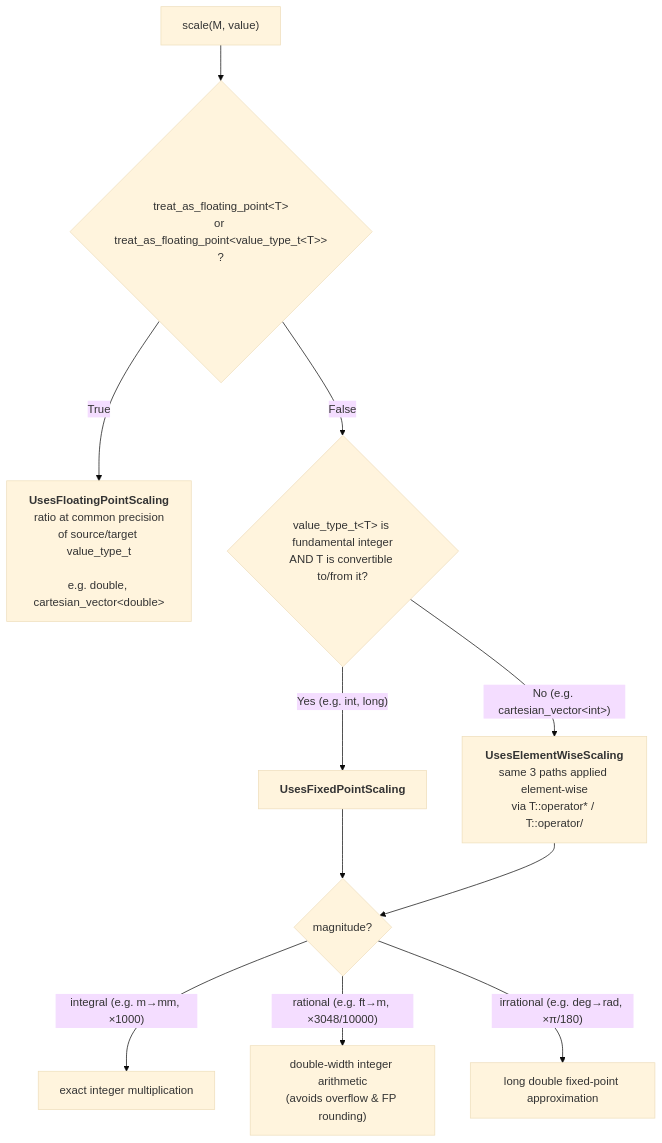
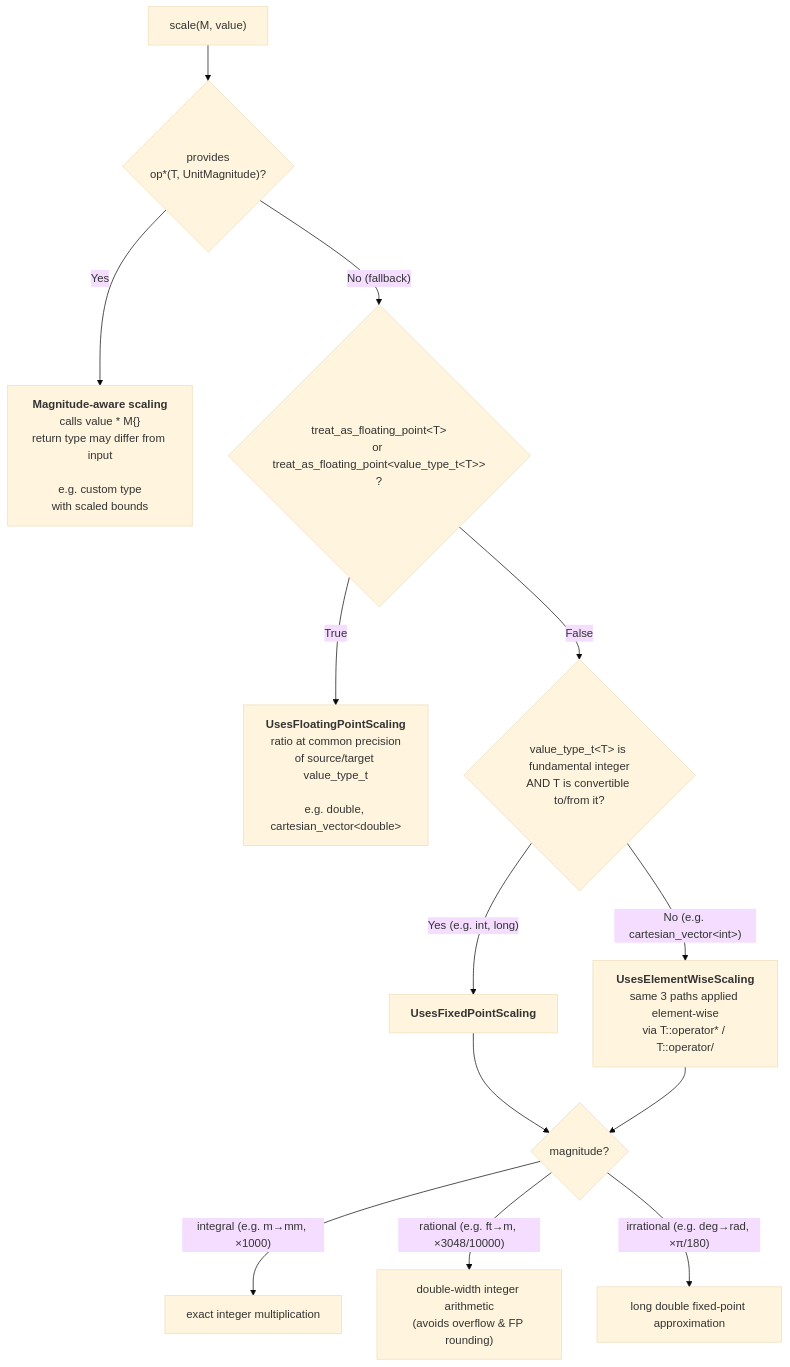
Before and after one commit to alejandro-alvarez-sonarsource/mp-units: the diagram in docs/users_guide/framework_basics/representation_types.md, drawn with Mermaid (base theme). The commit also changed other lines of this file and 23 other files, not shown here.

````diff
--- a/docs/users_guide/framework_basics/representation_types.md
+++ b/docs/users_guide/framework_basics/representation_types.md
@@ -197,13 +207,15 @@
 ```mermaid
 flowchart TD
-    A["scale(M, value)"] --> B{"treat_as_floating_point&lt;T&gt;<br>or treat_as_floating_point&lt;value_type_t&lt;T&gt;&gt;<br>?"}
+    A["scale(M, value)"] --> MA{"provides<br>op*(T, UnitMagnitude)?"}
+    MA -- "Yes" --> MAR["<b>Magnitude-aware scaling</b><br>calls value * M{}<br>return type may differ from input<br><br>e.g. custom type<br>with scaled bounds"]
+    MA -- "No (fallback)" --> B{"treat_as_floating_point&lt;T&gt;<br>or treat_as_floating_point&lt;value_type_t&lt;T&gt;&gt;<br>?"}
     B -- True --> FP["<b>UsesFloatingPointScaling</b><br>ratio at common precision<br>of source/target value_type_t<br><br>e.g. double, cartesian_vector&lt;double&gt;"]
     B -- False --> C{"value_type_t&lt;T&gt; is fundamental integer<br>AND T is convertible to/from it?"}
     C -- "Yes (e.g. int, long)" --> FIXED["<b>UsesFixedPointScaling</b>"]
     C -- "No (e.g. cartesian_vector&lt;int&gt;)" --> EWS["<b>UsesElementWiseScaling</b><br>same 3 paths applied element-wise<br>via T::operator* / T::operator/"]
     FIXED --> G{"magnitude?"}
     EWS --> G
     G -- "integral (e.g. m→mm, ×1000)" --> I["exact integer multiplication"]
     G -- "rational (e.g. ft→m, ×3048/10000)" --> R["double-width integer arithmetic<br>(avoids overflow &amp; FP rounding)"]
     G -- "irrational (e.g. deg→rad, ×π/180)" --> IR["long double fixed-point approximation"]
 ```
````
